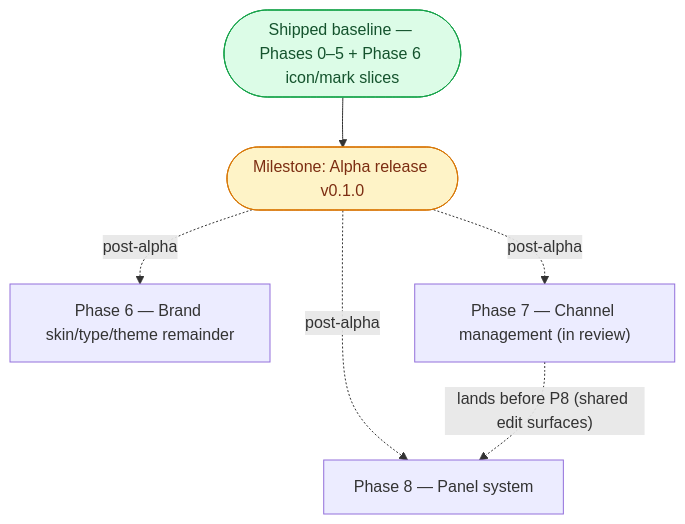
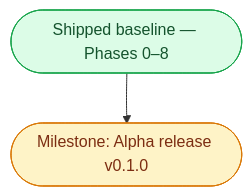
The diagram in docs/Implementation-Plan.md (ericwait/eaa-traffic-monitor), drawn with Mermaid before and after one commit. The commit also changed other lines of this file, not shown here.

First line of the commit message:
Close out the shipped brand, channel, and panel phases in the plan

````diff
--- a/docs/Implementation-Plan.md
+++ b/docs/Implementation-Plan.md
@@ -39,20 +39,12 @@
 ```mermaid
 flowchart TD
-    BASE(["Shipped baseline — Phases 0–5 + Phase 6 icon/mark slices"])
-    P6["Phase 6 — Brand skin/type/theme remainder"]
-    P7["Phase 7 — Channel management (in review)"]
-    P8["Phase 8 — Panel system"]
-
+    BASE(["Shipped baseline — Phases 0–8"])
     ALPHA(["Milestone: Alpha release v0.1.0"])
 
     BASE --> ALPHA
-    ALPHA -. post-alpha .-> P6
-    ALPHA -. post-alpha .-> P7
-    ALPHA -. post-alpha .-> P8
-    P7 -. lands before P8 (shared edit surfaces) .-> P8
 
     classDef milestone fill:#fef3c7,stroke:#d97706,color:#7c2d12
     classDef shipped fill:#dcfce7,stroke:#16a34a,color:#14532d
     class ALPHA milestone
     class BASE shipped
 ```
````
